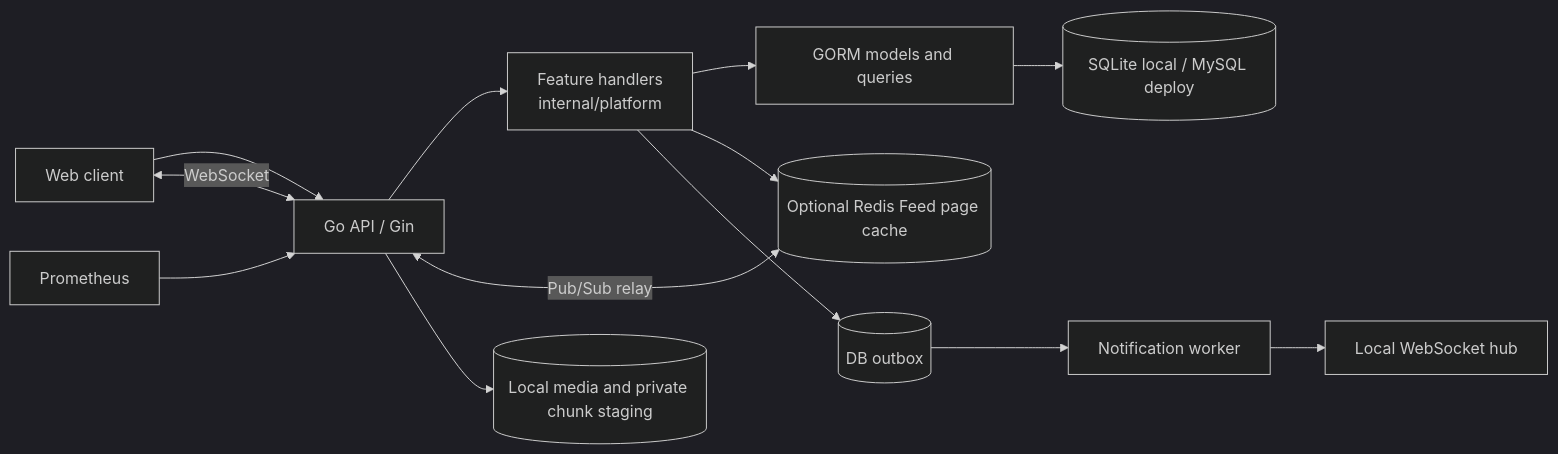
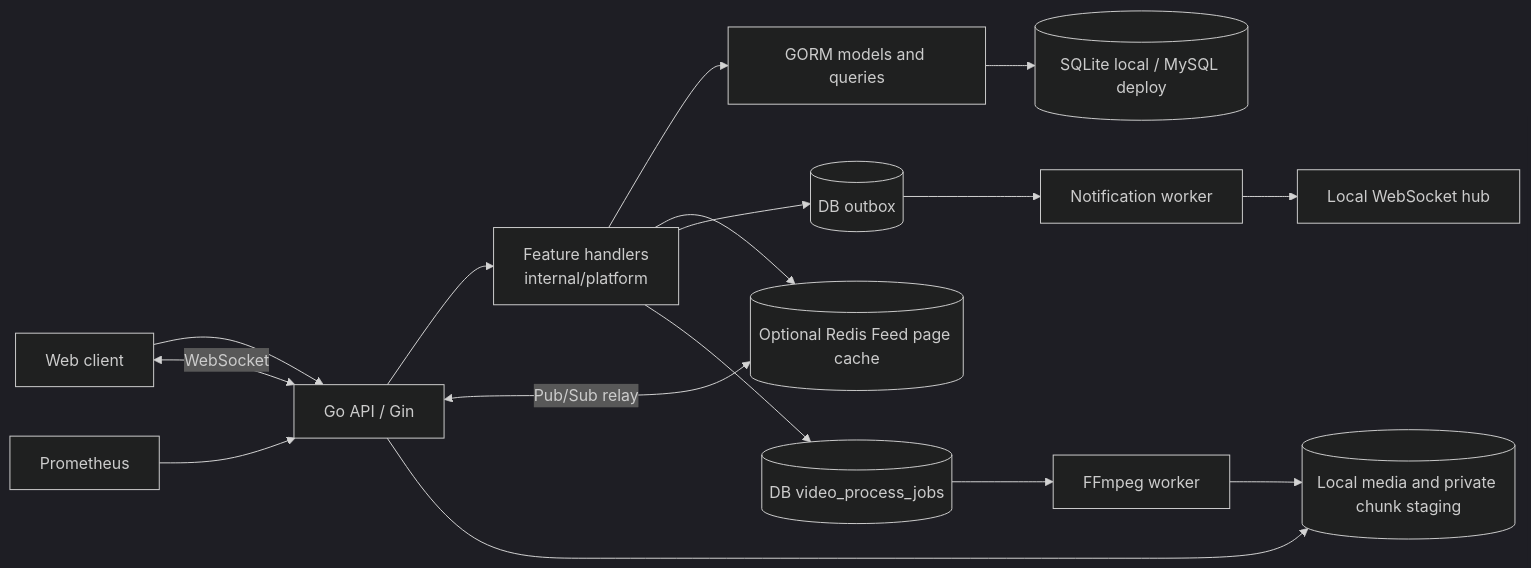
The diagram in docs/ARCHITECTURE.md (liuzhouquan/GoStream), drawn with Mermaid (dark theme) before and after one commit. The commit also changed other lines of this file and 21 other files, not shown here.

Commit message:
Add durable FFmpeg video processing and cover generation

````diff
--- a/docs/ARCHITECTURE.md
+++ b/docs/ARCHITECTURE.md
@@ -7,15 +7,18 @@
 ```mermaid
 flowchart LR
   Web[Web client] --> API[Go API / Gin]
   API --> Handlers[Feature handlers<br/>internal/platform]
   Handlers --> GORM[GORM models and queries]
   Handlers --> Redis[(Optional Redis Feed page cache)]
   API <-->|Pub/Sub relay| Redis
   GORM --> DB[(SQLite local / MySQL deploy)]
   Handlers --> Outbox[(DB outbox)]
   Outbox --> Worker[Notification worker]
   Worker --> WS[Local WebSocket hub]
+  Handlers --> ProcessQueue[(DB video_process_jobs)]
+  ProcessQueue --> MediaWorker[FFmpeg worker]
+  MediaWorker --> Media
   API --> Media[(Local media and private chunk staging)]
   Prometheus --> API
   API <-->|WebSocket| Web
 ```
````
